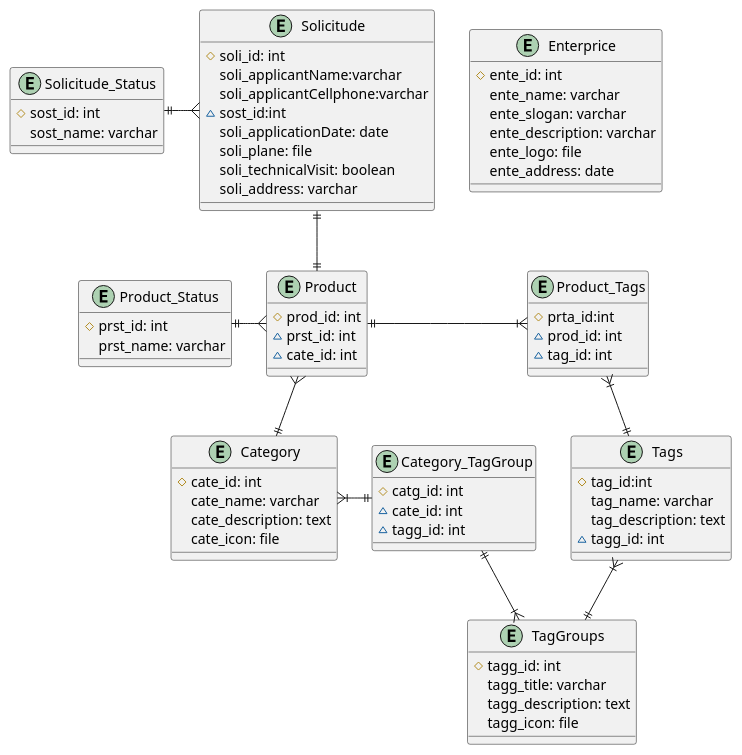
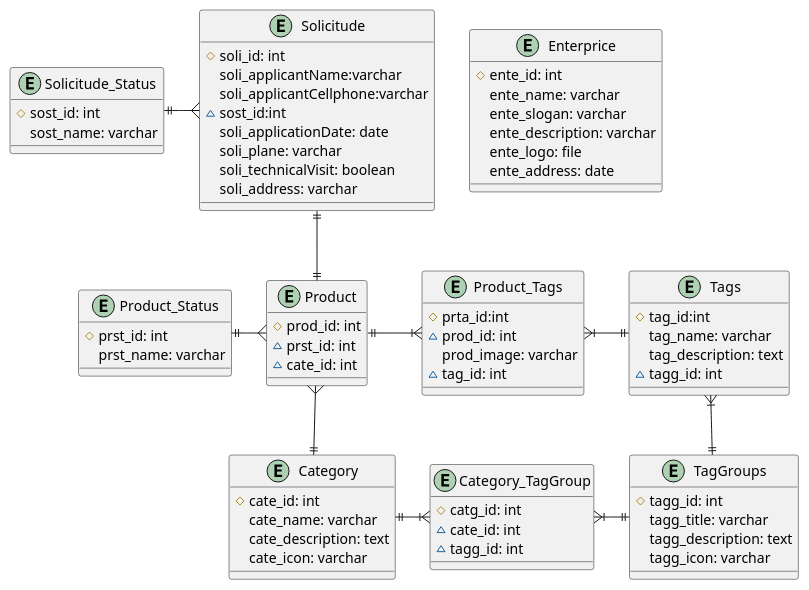
One commit to Los-Waza/MetalK_Documentation changed the diagram in ModeloDeDatos/metalK_dataModelBD.puml. Above: the diagram before and after it, drawn with PlantUML. The commit also changed 1 other file, not shown here.

```diff
--- a/ModeloDeDatos/metalK_dataModelBD.puml
+++ b/ModeloDeDatos/metalK_dataModelBD.puml
@@ -1,87 +1,88 @@
 @startuml MetalK_DataModel
     skinparam linestyle orto
 
     entity soli as "Solicitude"{
         # soli_id: int
         soli_applicantName:varchar
         soli_applicantCellphone:varchar
         ~ sost_id:int
         soli_applicationDate: date
-        soli_plane: file
+        soli_plane: varchar
         soli_technicalVisit: boolean
         soli_address: varchar
     }
 
     entity sost as "Solicitude_Status"{
         # sost_id: int
         sost_name: varchar
     }
 
     entity prod as "Product"{
         # prod_id: int
         ~ prst_id: int
         ~ cate_id: int
     }
 
     
     entity prst as "Product_Status"{
         # prst_id: int
         prst_name: varchar
     }
 
     
     entity prta as "Product_Tags"{
         # prta_id:int
         ~ prod_id: int
+        prod_image: varchar
         ~ tag_id: int
     }
 
     entity cate as "Category" {   
         # cate_id: int
         cate_name: varchar
         cate_description: text
-        cate_icon: file
+        cate_icon: varchar
     }
 
     
     entity tagg as "TagGroups" {   
         # tagg_id: int
         tagg_title: varchar
         tagg_description: text
-        tagg_icon: file
+        tagg_icon: varchar
     }
 
     entity catg as "Category_TagGroup" {   
         # catg_id: int
         ~ cate_id: int
         ~ tagg_id: int
     }
 
     entity tags as "Tags" {   
         # tag_id:int
         tag_name: varchar
         tag_description: text
         ~ tagg_id: int
     }
 
     entity ente as "Enterprice"{
         # ente_id: int
         ente_name: varchar
         ente_slogan: varchar
         ente_description: varchar
         ente_logo: file
         ente_address: date
     }
 
 
     prod ||-up-|| soli
-    prod }-down-|| cate
-    tags }|--|| tagg
-    cate }|-left-|| catg
-    catg ||--|{ tagg
+    prod }--|| cate
+    tags }|-down-|| tagg
+    cate ||-right-|{ catg
+    catg }|-right-|| tagg
     prod }-left-|| prst
     soli }-left-|| sost
     prod ||-right-|{ prta
-    tags ||-up-|{ prta
+    tags ||-left-|{ prta
     
 @enduml
```
